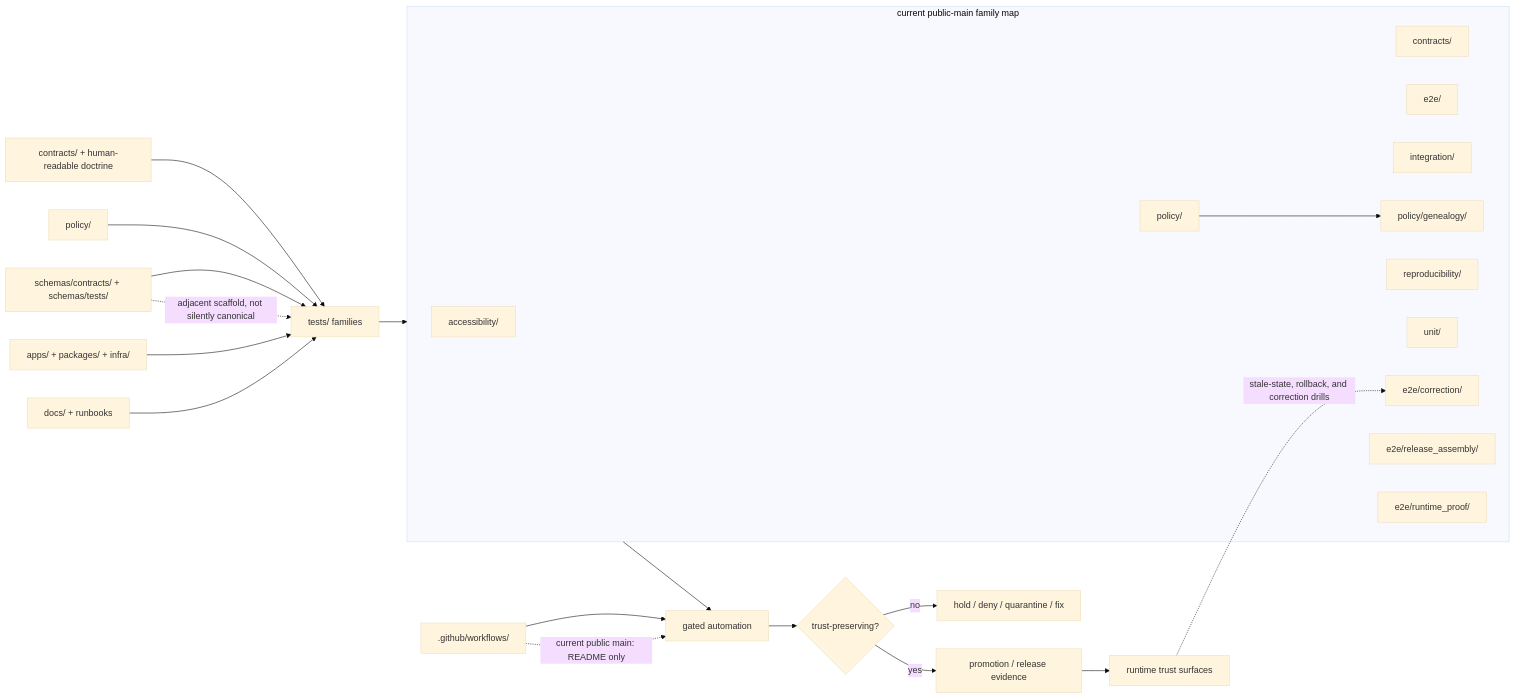
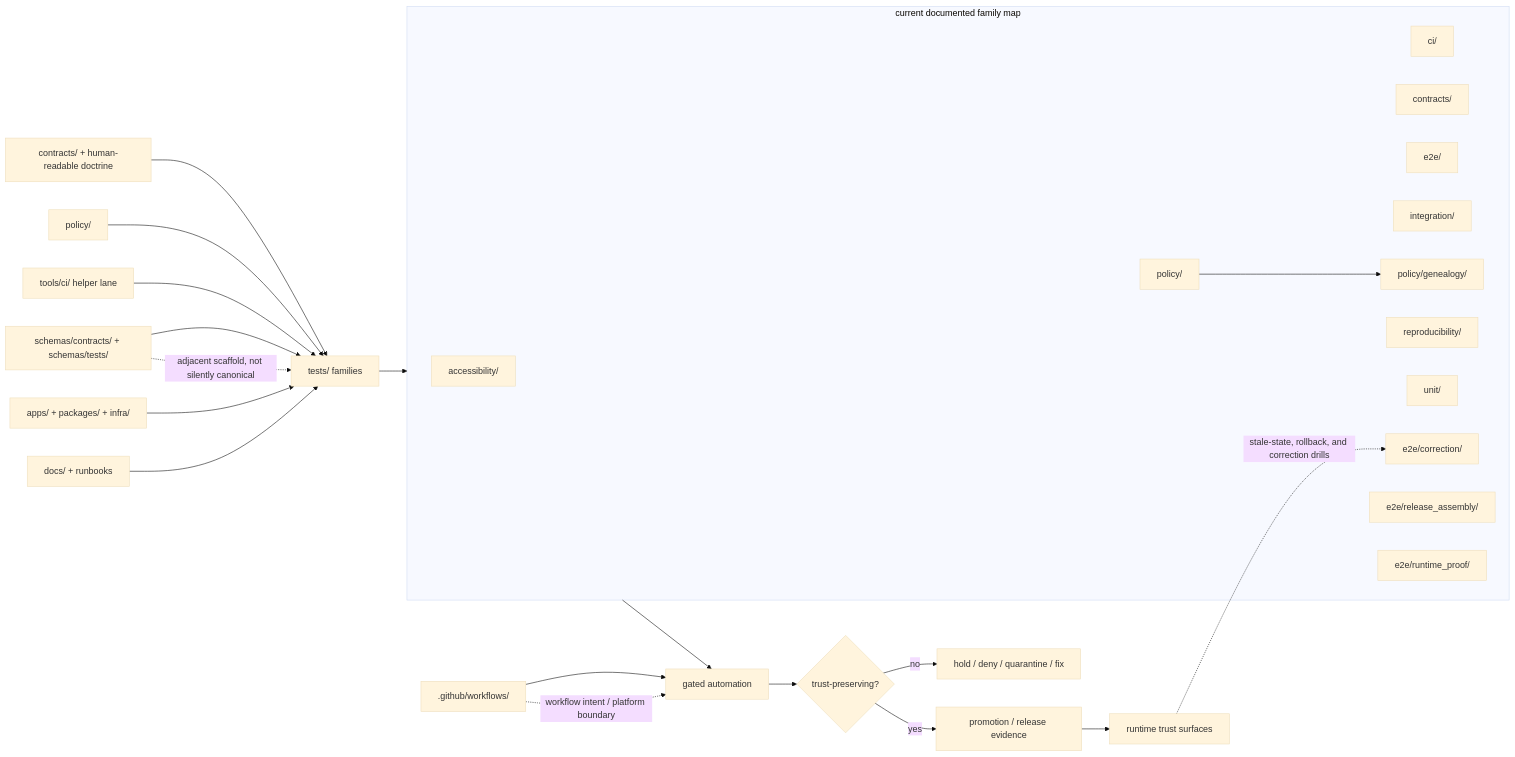
Before and after one commit to bartytime4life/Kansas-Frontier-Matrix: the diagram in tests/README.md, drawn with Mermaid (base theme). The commit also changed other lines of this file, not shown here.

````diff
--- a/tests/README.md
+++ b/tests/README.md
@@ -405,36 +416,38 @@
 ```mermaid
 flowchart LR
     C["contracts/ + human-readable doctrine"] --> T["tests/ families"]
     SC["schemas/contracts/ + schemas/tests/"] --> T
     P["policy/"] --> T
+    H["tools/ci/ helper lane"] --> T
     A["apps/ + packages/ + infra/"] --> T
     D["docs/ + runbooks"] --> T
     W[".github/workflows/"] --> G["gated automation"]
 
-    subgraph F["current public-main family map"]
+    subgraph F["current documented family map"]
       AX["accessibility/"]
+      CI["ci/"]
       K["contracts/"]
       E["e2e/"]
       I["integration/"]
       PO["policy/"]
       PG["policy/genealogy/"]
       R["reproducibility/"]
       U["unit/"]
       EC["e2e/correction/"]
       ER["e2e/release_assembly/"]
       EP["e2e/runtime_proof/"]
     end
 
     T --> F
     PO --> PG
     F --> G
     G --> Q{"trust-preserving?"}
 
-    Q -->|no| H["hold / deny / quarantine / fix"]
+    Q -->|no| H2["hold / deny / quarantine / fix"]
     Q -->|yes| PR["promotion / release evidence"]
     PR --> RT["runtime trust surfaces"]
 
     RT -. stale-state, rollback, and correction drills .-> EC
-    W -. current public main: README only .-> G
+    W -. workflow intent / platform boundary .-> G
     SC -. adjacent scaffold, not silently canonical .-> T
 ```
````
